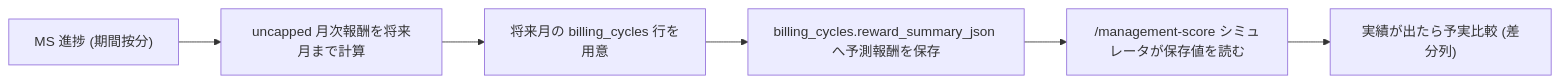
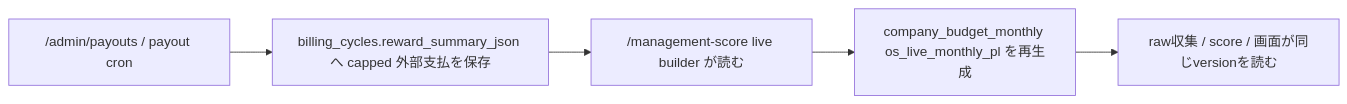
The second of 3 diagrams in pwa/manual/4-5-management-score-and-finance-simulation-spec.md (masa-teamarmada/amd-os), drawn with Mermaid before and after one commit. The commit also changed other lines of this file and 8 other files, not shown here.

Commit message:
fix(finance): sync monthly PL costs with payouts

````diff
--- a/pwa/manual/4-5-management-score-and-finance-simulation-spec.md
+++ b/pwa/manual/4-5-management-score-and-finance-simulation-spec.md
@@ -522,8 +508,7 @@
 ```mermaid
 flowchart LR
-  A["MS 進捗 (期間按分)"] --> B["uncapped 月次報酬を将来月まで計算"]
-  B --> C["将来月の billing_cycles 行を用意"]
-  C --> D["billing_cycles.reward_summary_json へ予測報酬を保存"]
-  D --> E["/management-score シミュレータが保存値を読む"]
-  E --> F["実績が出たら予実比較 (差分列)"]
+  A["/admin/payouts / payout cron"] --> B["billing_cycles.reward_summary_json へ capped 外部支払を保存"]
+  B --> C["/management-score live builder が読む"]
+  C --> D["company_budget_monthly os_live_monthly_pl を再生成"]
+  D --> E["raw収集 / score / 画面が同じversionを読む"]
 ```
````
